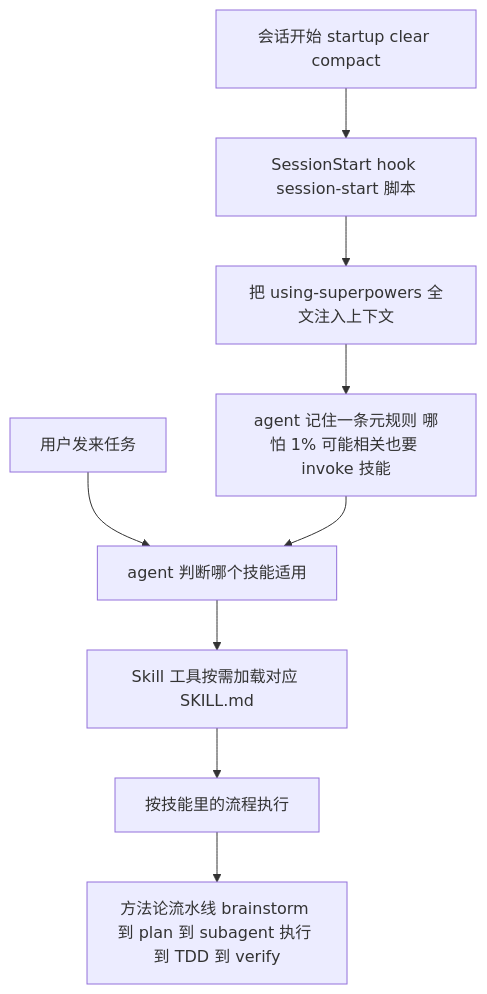
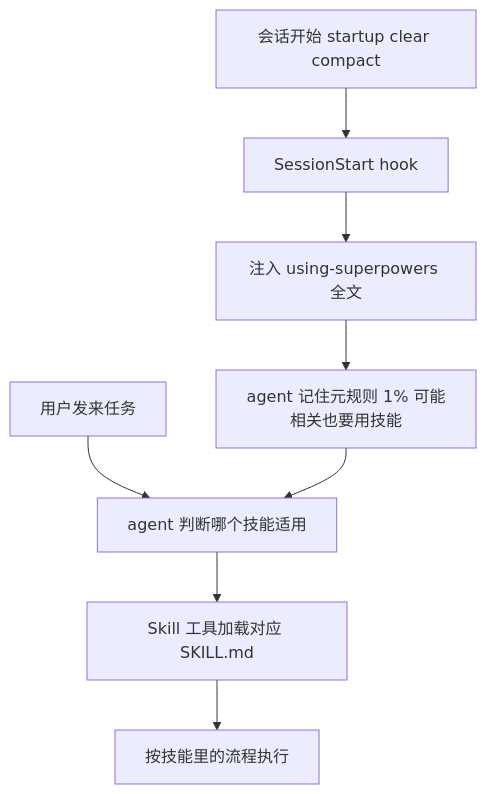
Before and after one commit to diguike/book-source-reading: the first of 4 diagrams in book/02-superpowers.md, drawn with Mermaid. The commit also changed other lines of this file and 14 other files, not shown here.

````diff
--- a/book/02-superpowers.md
+++ b/book/02-superpowers.md
@@ -84,11 +78,10 @@
 ```mermaid
 graph TB
-    A[会话开始 startup clear compact] --> B[SessionStart hook session-start 脚本]
-    B --> C[把 using-superpowers 全文注入上下文]
-    C --> D[agent 记住一条元规则 哪怕 1% 可能相关也要 invoke 技能]
+    A[会话开始 startup clear compact] --> B[SessionStart hook]
+    B --> C[注入 using-superpowers 全文]
+    C --> D[agent 记住元规则 1% 可能相关也要用技能]
     E[用户发来任务] --> F[agent 判断哪个技能适用]
     D --> F
-    F --> G[Skill 工具按需加载对应 SKILL.md]
+    F --> G[Skill 工具加载对应 SKILL.md]
     G --> H[按技能里的流程执行]
-    H --> I[方法论流水线 brainstorm 到 plan 到 subagent 执行 到 TDD 到 verify]
 ```
````
